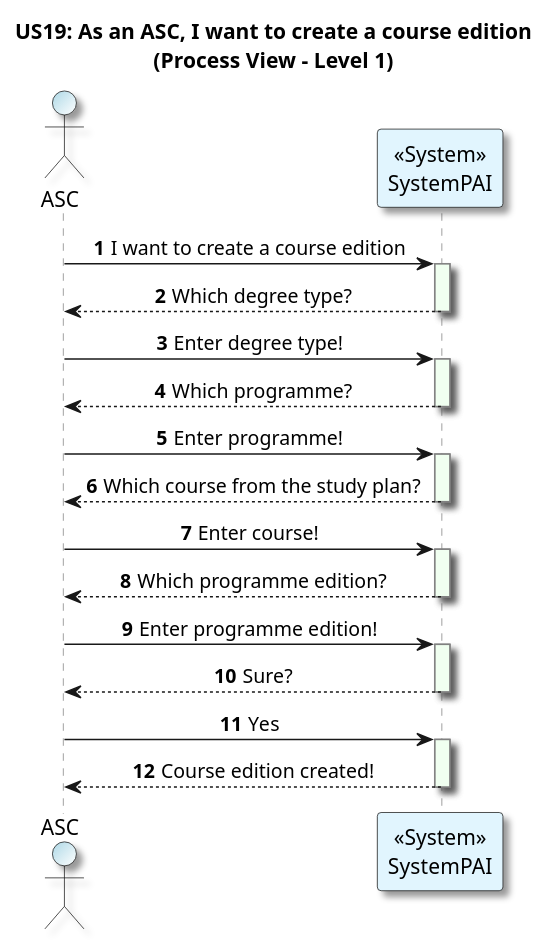
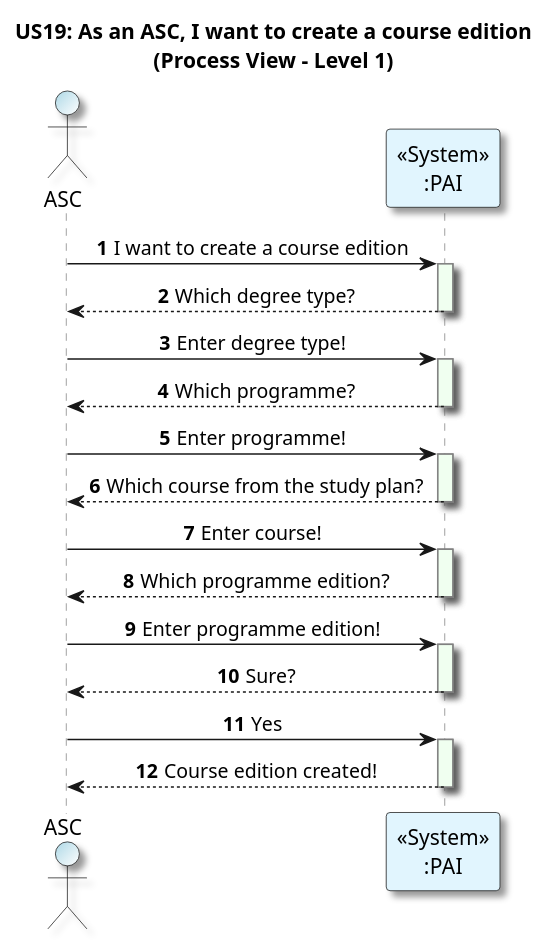
One commit to GasparISEP/DevOps-PAI changed the diagram in docs/US19/Sprint7_RestAPI/ProcessView/Level1Granularity.puml. Above: the diagram before and after it, drawn with PlantUML.

Commit message:
[docs]: update Level1Granularity.puml to simplify participant label for clarity #708 #710

```diff
--- a/docs/US19/Sprint7_RestAPI/ProcessView/Level1Granularity.puml
+++ b/docs/US19/Sprint7_RestAPI/ProcessView/Level1Granularity.puml
@@ -1,48 +1,48 @@
 @startuml
 title US19: As an ASC, I want to create a course edition\n(Process View – Level 1)
 autonumber
 
 skinparam {
   ActivityPadding 2
   ActivityMargin 2
   BoxPadding 2
 }
 skinparam sequence {
     LifeLineBorderColor Grey
     LifeLineBackgroundColor HoneyDew
 }
 skinparam defaultTextAlignment center
 skinparam shadowing true
 
 actor ASC  #LightBlue/White
-participant "<<System>>\nSystemPAI" as SYSTEM #E1F5FE
+participant "<<System>>\n:PAI" as SYSTEM #E1F5FE
 
 ASC -> SYSTEM: I want to create a course edition
 activate SYSTEM
 SYSTEM --> ASC: Which degree type?
 deactivate SYSTEM
 
 ASC -> SYSTEM: Enter degree type!
 activate SYSTEM
 SYSTEM --> ASC: Which programme?
 deactivate SYSTEM
 
 ASC -> SYSTEM: Enter programme!
 activate SYSTEM
 SYSTEM --> ASC: Which course from the study plan?
 deactivate SYSTEM
 ASC -> SYSTEM: Enter course!
 activate SYSTEM
 SYSTEM --> ASC: Which programme edition?
 deactivate SYSTEM
 ASC -> SYSTEM: Enter programme edition!
 activate SYSTEM
 SYSTEM --> ASC: Sure?
 deactivate SYSTEM
 
 ASC -> SYSTEM: Yes
 activate SYSTEM
 SYSTEM --> ASC: Course edition created!
 deactivate SYSTEM
 
 @enduml
```
